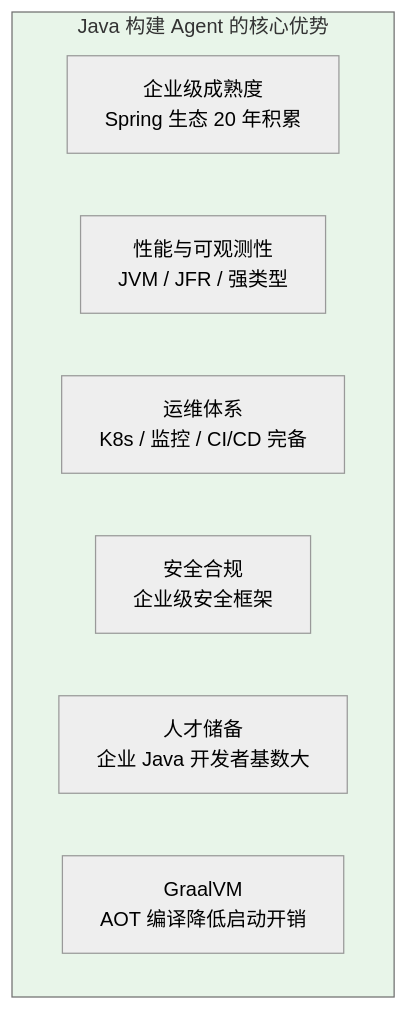
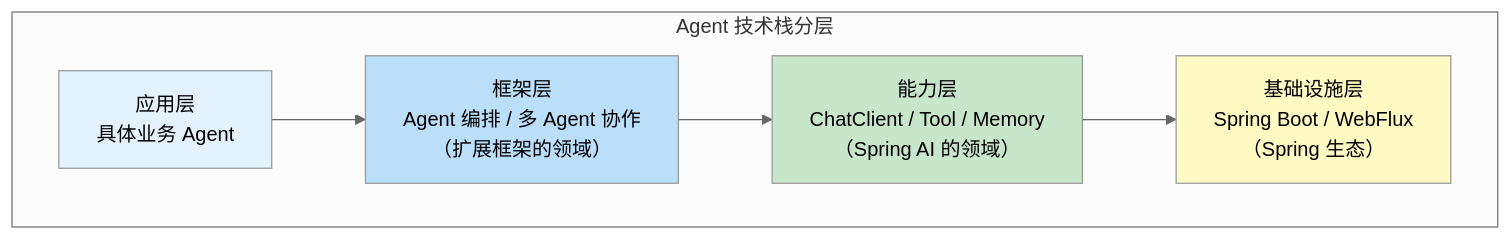
The second of 18 diagrams in docs/前沿/06-Spring-AI生态全景.md (UranusGit/java-agent-learn), drawn with Mermaid (neutral theme) before and after one commit. The commit also changed other lines of this file and 15 other files, not shown here.

First line of the commit message:
feat(docs): 全量完成！102篇 Java Agent 架构师文档体系

````diff
--- a/docs/前沿/06-Spring-AI生态全景.md
+++ b/docs/前沿/06-Spring-AI生态全景.md
@@ -15,13 +56,16 @@
 ```mermaid
 graph TB
-    subgraph Java优势["Java 构建 Agent 的核心优势"]
-        A1["企业级成熟度<br/>Spring 生态 20 年积累"]
-        A2["性能与可观测性<br/>JVM / JFR / 强类型"]
-        A3["运维体系<br/>K8s / 监控 / CI/CD 完备"]
-        A4["安全合规<br/>企业级安全框架"]
-        A5["人才储备<br/>企业 Java 开发者基数大"]
-        A6[" GraalVM<br/>AOT 编译降低启动开销"]
+    subgraph 分层["Agent 技术栈分层"]
+        L1["应用层<br/>具体业务 Agent"]
+        L2["框架层<br/>Agent 编排 / 多 Agent 协作<br/>（扩展框架的领域）"]
+        L3["能力层<br/>ChatClient / Tool / Memory<br/>（Spring AI 的领域）"]
+        L4["基础设施层<br/>Spring Boot / WebFlux<br/>（Spring 生态）"]
     end
 
-    style Java优势 fill:#e8f5e9
+    L1 --> L2 --> L3 --> L4
+
+    style L1 fill:#e3f2fd
+    style L2 fill:#bbdefb
+    style L3 fill:#c8e6c9
+    style L4 fill:#fff9c4
 ```
````
